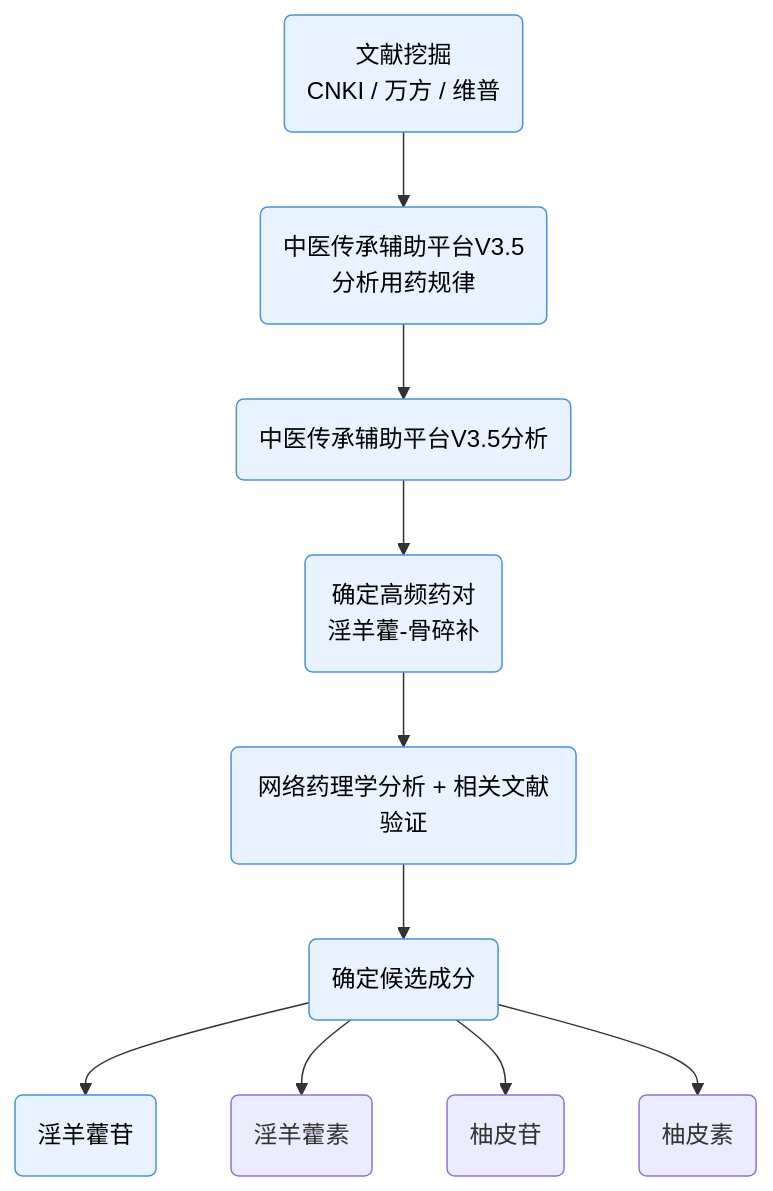
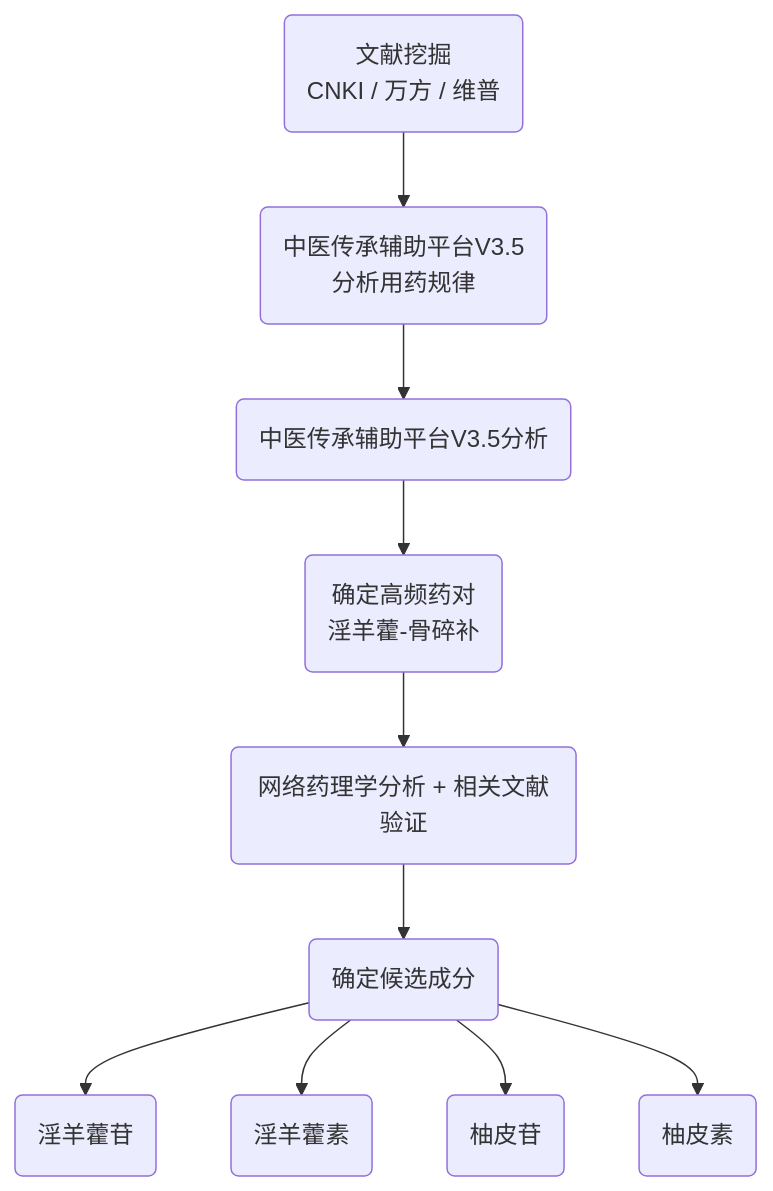
Before and after one commit to Yaotian99/iodraw-files: the diagram in all/未命名-1.md, drawn with Mermaid.

Commit message:
2026-06-24 09:06:07 update

````diff
--- a/all/未命名-1.md
+++ b/all/未命名-1.md
@@ -1,22 +1,22 @@
 ```mermaid
 graph TD
 
 A1(文献挖掘<br/>CNKI / 万方 / 维普) --> A2(中医传承辅助平台V3.5<br/>分析用药规律)
 A2 --> A3(中医传承辅助平台V3.5分析)
 A3 --> A4(确定高频药对<br/>淫羊藿-骨碎补)
 A4 --> A5(网络药理学分析 + 相关文献验证)
 A5 --> A6(确定候选成分)
 A6 --> A71(淫羊藿苷)
 A6 --> A72(淫羊藿素)
 A6 --> A73(柚皮苷)
 A6 --> A74(柚皮素)
 
 classDef basis fill:#E8F3FF,stroke:#4A90E2,stroke-width:1px,color:#000;
 classDef network fill:#EAF8EF,stroke:#43A047,stroke-width:1px,color:#000;
 classDef result fill:#FFECEC,stroke:#E53935,stroke-width:1px,color:#000;
 
-class A1,A2,A3,A4,A5,A6,A71, basis;
+class A1,A2,A3,A4,A5,A6,A71, A71,basis;
 class B1,B2,B3,B4,B5,B6 network;
 class C1,C2,C3 result;
   
 ```
````
